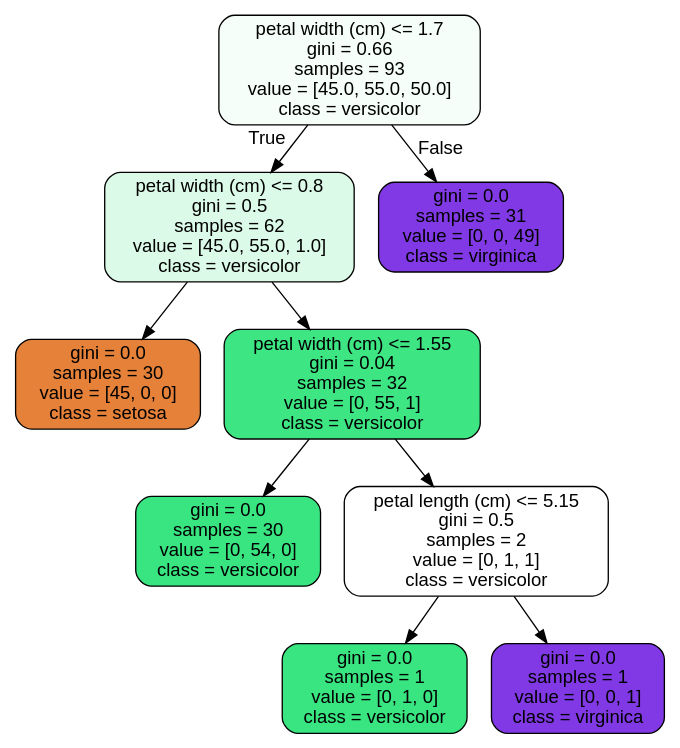
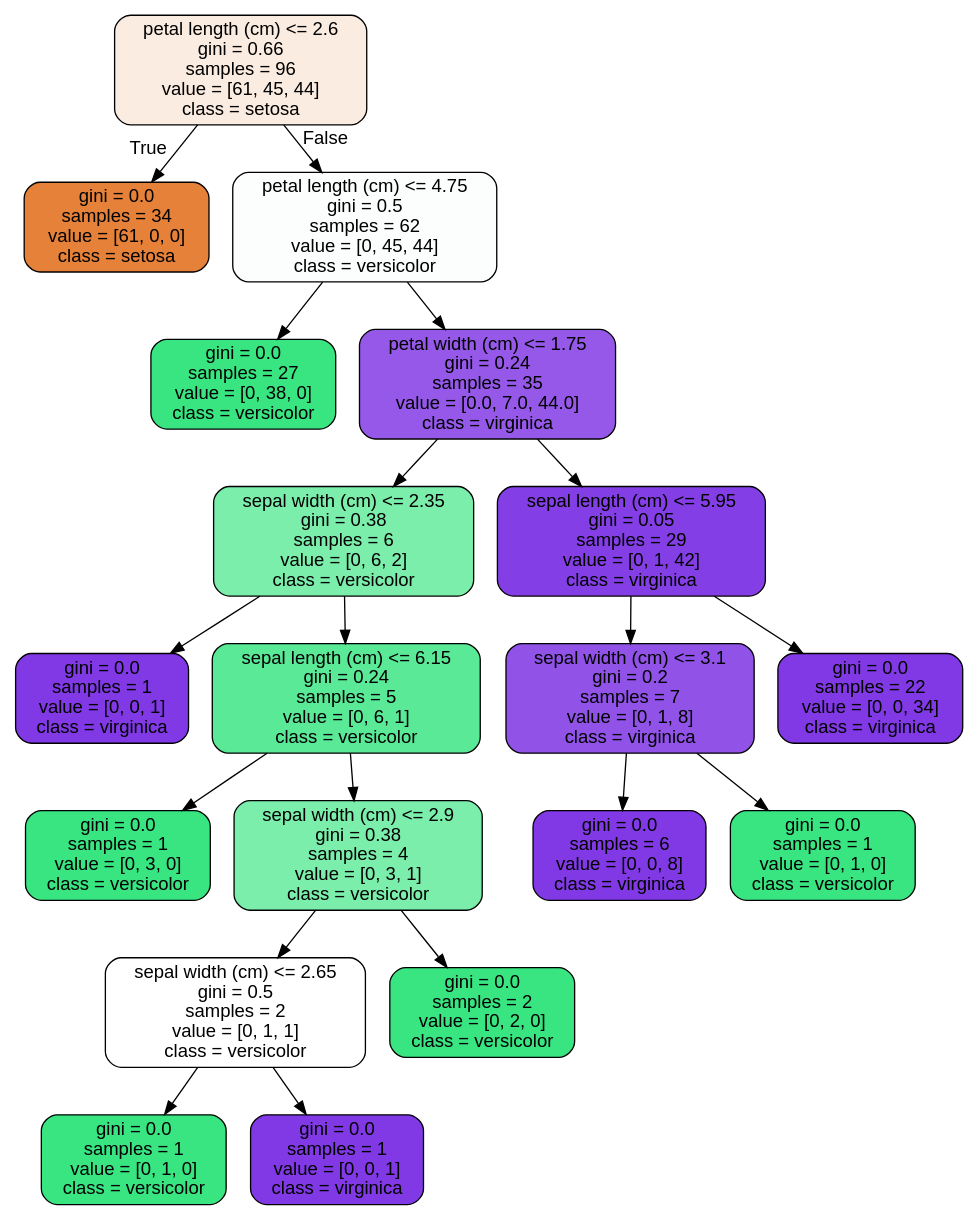
The diagram in 14-supervised-learning/04-ensemble-methods-and-random-forest/tree.dot (blue-santa/sprinboard-data-science-2026), drawn with Graphviz before and after one commit. The commit also changed 2 other files, not shown here.

```diff
--- a/14-supervised-learning/04-ensemble-methods-and-random-forest/tree.dot
+++ b/14-supervised-learning/04-ensemble-methods-and-random-forest/tree.dot
@@ -1,21 +1,41 @@
 digraph Tree {
 node [shape=box, style="filled, rounded", color="black", fontname="helvetica"] ;
 edge [fontname="helvetica"] ;
-0 [label="petal width (cm) <= 1.7\ngini = 0.66\nsamples = 93\nvalue = [45.0, 55.0, 50.0]\nclass = versicolor", fillcolor="#f5fef9"] ;
-1 [label="petal width (cm) <= 0.8\ngini = 0.5\nsamples = 62\nvalue = [45.0, 55.0, 1.0]\nclass = versicolor", fillcolor="#dcfae8"] ;
+0 [label="petal length (cm) <= 2.6\ngini = 0.66\nsamples = 96\nvalue = [61, 45, 44]\nclass = setosa", fillcolor="#fbece1"] ;
+1 [label="gini = 0.0\nsamples = 34\nvalue = [61, 0, 0]\nclass = setosa", fillcolor="#e58139"] ;
 0 -> 1 [labeldistance=2.5, labelangle=45, headlabel="True"] ;
-2 [label="gini = 0.0\nsamples = 30\nvalue = [45, 0, 0]\nclass = setosa", fillcolor="#e58139"] ;
-1 -> 2 ;
-3 [label="petal width (cm) <= 1.55\ngini = 0.04\nsamples = 32\nvalue = [0, 55, 1]\nclass = versicolor", fillcolor="#3de583"] ;
-1 -> 3 ;
-4 [label="gini = 0.0\nsamples = 30\nvalue = [0, 54, 0]\nclass = versicolor", fillcolor="#39e581"] ;
-3 -> 4 ;
-5 [label="petal length (cm) <= 5.15\ngini = 0.5\nsamples = 2\nvalue = [0, 1, 1]\nclass = versicolor", fillcolor="#ffffff"] ;
-3 -> 5 ;
-6 [label="gini = 0.0\nsamples = 1\nvalue = [0, 1, 0]\nclass = versicolor", fillcolor="#39e581"] ;
+2 [label="petal length (cm) <= 4.75\ngini = 0.5\nsamples = 62\nvalue = [0, 45, 44]\nclass = versicolor", fillcolor="#fbfefc"] ;
+0 -> 2 [labeldistance=2.5, labelangle=-45, headlabel="False"] ;
+3 [label="gini = 0.0\nsamples = 27\nvalue = [0, 38, 0]\nclass = versicolor", fillcolor="#39e581"] ;
+2 -> 3 ;
+4 [label="petal width (cm) <= 1.75\ngini = 0.24\nsamples = 35\nvalue = [0.0, 7.0, 44.0]\nclass = virginica", fillcolor="#9558e9"] ;
+2 -> 4 ;
+5 [label="sepal width (cm) <= 2.35\ngini = 0.38\nsamples = 6\nvalue = [0, 6, 2]\nclass = versicolor", fillcolor="#7beeab"] ;
+4 -> 5 ;
+6 [label="gini = 0.0\nsamples = 1\nvalue = [0, 0, 1]\nclass = virginica", fillcolor="#8139e5"] ;
 5 -> 6 ;
-7 [label="gini = 0.0\nsamples = 1\nvalue = [0, 0, 1]\nclass = virginica", fillcolor="#8139e5"] ;
+7 [label="sepal length (cm) <= 6.15\ngini = 0.24\nsamples = 5\nvalue = [0, 6, 1]\nclass = versicolor", fillcolor="#5ae996"] ;
 5 -> 7 ;
-8 [label="gini = 0.0\nsamples = 31\nvalue = [0, 0, 49]\nclass = virginica", fillcolor="#8139e5"] ;
-0 -> 8 [labeldistance=2.5, labelangle=-45, headlabel="False"] ;
+8 [label="gini = 0.0\nsamples = 1\nvalue = [0, 3, 0]\nclass = versicolor", fillcolor="#39e581"] ;
+7 -> 8 ;
+9 [label="sepal width (cm) <= 2.9\ngini = 0.38\nsamples = 4\nvalue = [0, 3, 1]\nclass = versicolor", fillcolor="#7beeab"] ;
+7 -> 9 ;
+10 [label="sepal width (cm) <= 2.65\ngini = 0.5\nsamples = 2\nvalue = [0, 1, 1]\nclass = versicolor", fillcolor="#ffffff"] ;
+9 -> 10 ;
+11 [label="gini = 0.0\nsamples = 1\nvalue = [0, 1, 0]\nclass = versicolor", fillcolor="#39e581"] ;
+10 -> 11 ;
+12 [label="gini = 0.0\nsamples = 1\nvalue = [0, 0, 1]\nclass = virginica", fillcolor="#8139e5"] ;
+10 -> 12 ;
+13 [label="gini = 0.0\nsamples = 2\nvalue = [0, 2, 0]\nclass = versicolor", fillcolor="#39e581"] ;
+9 -> 13 ;
+14 [label="sepal length (cm) <= 5.95\ngini = 0.05\nsamples = 29\nvalue = [0, 1, 42]\nclass = virginica", fillcolor="#843ee6"] ;
+4 -> 14 ;
+15 [label="sepal width (cm) <= 3.1\ngini = 0.2\nsamples = 7\nvalue = [0, 1, 8]\nclass = virginica", fillcolor="#9152e8"] ;
+14 -> 15 ;
+16 [label="gini = 0.0\nsamples = 6\nvalue = [0, 0, 8]\nclass = virginica", fillcolor="#8139e5"] ;
+15 -> 16 ;
+17 [label="gini = 0.0\nsamples = 1\nvalue = [0, 1, 0]\nclass = versicolor", fillcolor="#39e581"] ;
+15 -> 17 ;
+18 [label="gini = 0.0\nsamples = 22\nvalue = [0, 0, 34]\nclass = virginica", fillcolor="#8139e5"] ;
+14 -> 18 ;
 }
```
